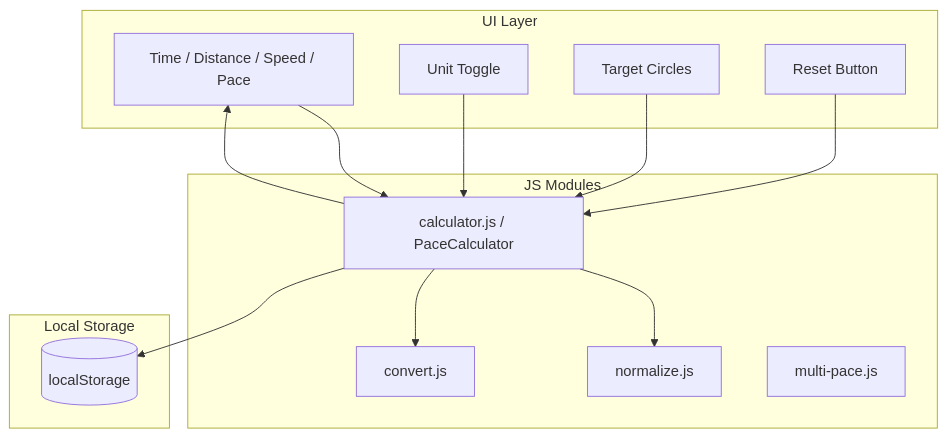
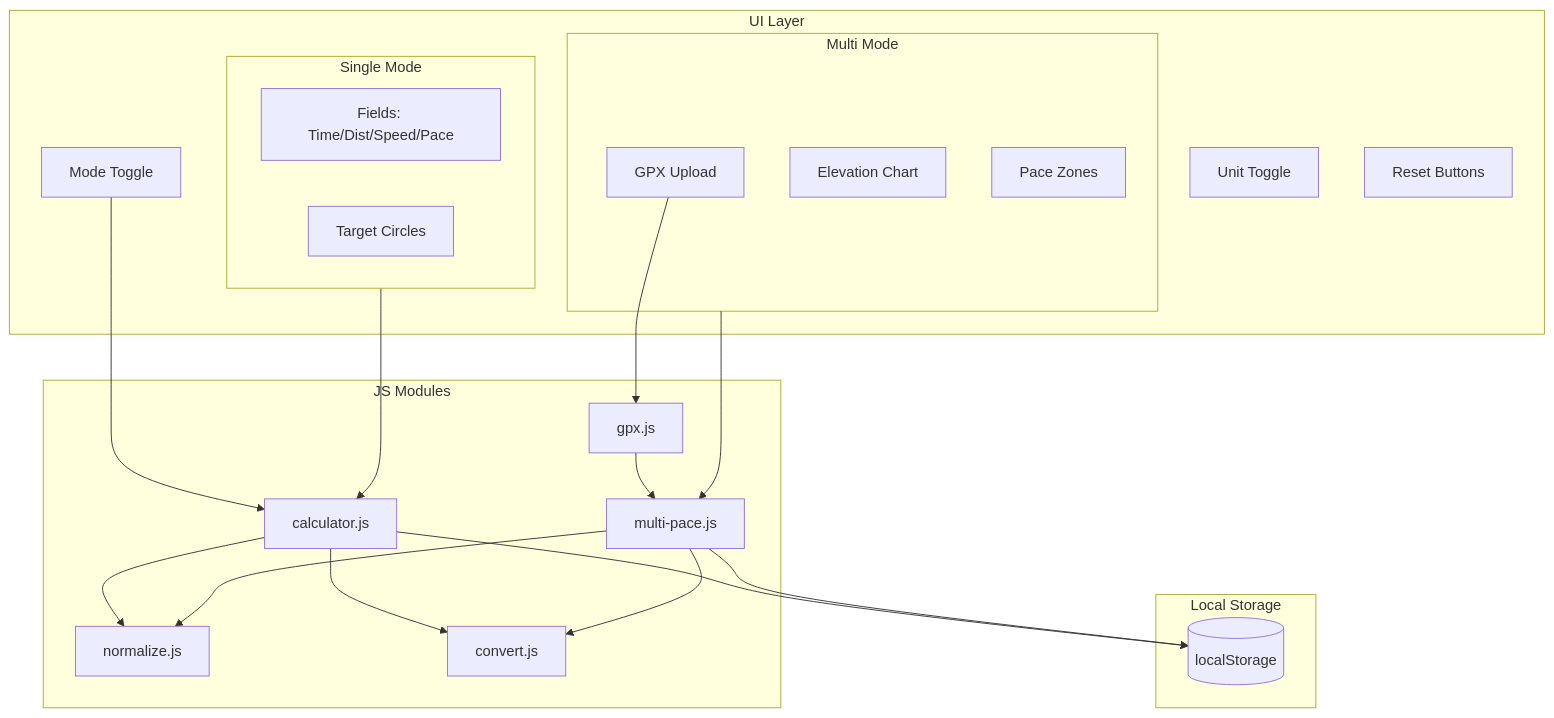
One commit to habizak/DTS-Calc changed the diagram in README.md. Above: the diagram before and after it, drawn with Mermaid. The commit also changed other lines of this file and 1 other file, not shown here.

Commit message:
docs: update README with multi-pace and gpx features

````diff
--- a/README.md
+++ b/README.md
@@ -27,29 +33,41 @@
 ```mermaid
 flowchart TB
     subgraph UI [UI Layer]
-        Fields[Time / Distance / Speed / Pace]
+        Mode[Mode Toggle]
+        subgraph SingleUI [Single Mode]
+            Fields[Fields: Time/Dist/Speed/Pace]
+            Circles[Target Circles]
+        end
+        subgraph MultiUI [Multi Mode]
+            Upload[GPX Upload]
+            Chart[Elevation Chart]
+            Zones[Pace Zones]
+        end
         Toggles[Unit Toggle]
-        Circles[Target Circles]
-        Reset[Reset Button]
+        Reset[Reset Buttons]
     end
 
     subgraph Logic [JS Modules]
-        Calculator[calculator.js / PaceCalculator]
+        Calculator[calculator.js]
         Normalize[normalize.js]
         Convert[convert.js]
-        MultiPace[multi-pace.js]
+        GPX[gpx.js]
+        Multi[multi-pace.js]
     end
 
     subgraph Storage [Local Storage]
         LS[(localStorage)]
     end
 
-    Fields --> Calculator
-    Toggles --> Calculator
-    Circles --> Calculator
-    Reset --> Calculator
+    Mode --> Calculator
+    SingleUI --> Calculator
+    MultiUI --> Multi
+    Upload --> GPX
+    GPX --> Multi
     Calculator --> Normalize
     Calculator --> Convert
+    Multi --> Convert
+    Multi --> Normalize
     Calculator --> LS
-    Calculator --> Fields
+    Multi --> LS
 ```
````
